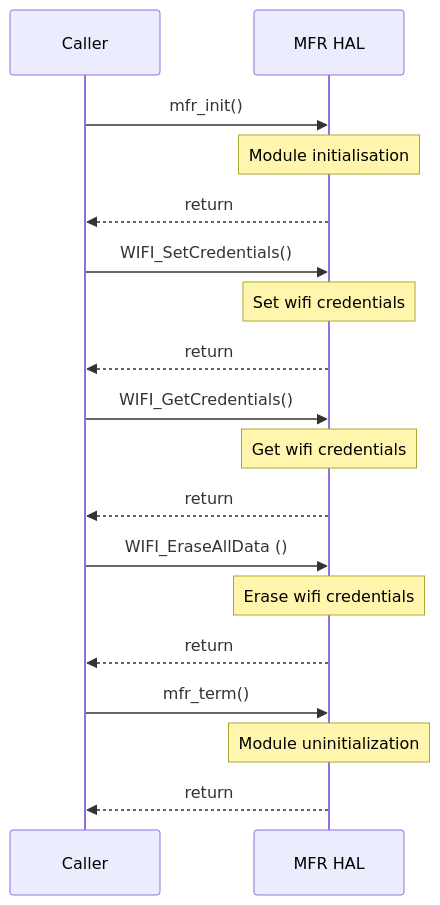
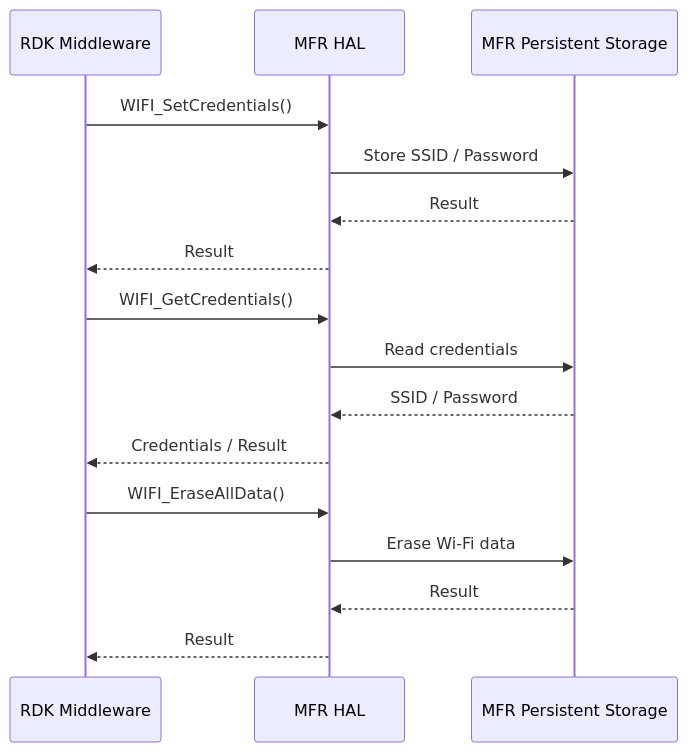
Before and after one commit to rdkcentral/rdk-halif-mfr: the sixth of 9 diagrams in docs/pages/mfr_HalSpec.md, drawn with Mermaid. The commit also changed other lines of this file, not shown here.

Commit message:
Update mfr_HalSpec.md as per review comments

````diff
--- a/docs/pages/mfr_HalSpec.md
+++ b/docs/pages/mfr_HalSpec.md
@@ -256,21 +403,22 @@
 ```mermaid
-%%{ init : { "theme" : "default", "flowchart" : { "curve" : "stepBefore" }}}%%
-   sequenceDiagram
-    participant caller as Caller
+
+sequenceDiagram
+    participant Client as RDK Middleware
     participant HAL as MFR HAL
-    caller->>HAL:mfr_init()
-    Note over HAL: Module initialisation
-    HAL-->>caller:return
-    caller->>HAL:WIFI_SetCredentials()
-    Note over HAL: Set wifi credentials
-    HAL-->>caller:return
-    caller->>HAL:WIFI_GetCredentials()
-    Note over HAL: Get wifi credentials
-    HAL-->>caller:return
-    caller->>HAL:WIFI_EraseAllData ()
-    Note over HAL: Erase wifi credentials
-    HAL-->>caller:return
-    caller->>HAL:mfr_term()
-    Note over HAL: Module uninitialization
-    HAL-->>caller:return
+    participant Storage as MFR Persistent Storage
+
+    Client->>HAL: WIFI_SetCredentials()
+    HAL->>Storage: Store SSID / Password
+    Storage-->>HAL: Result
+    HAL-->>Client: Result
+
+    Client->>HAL: WIFI_GetCredentials()
+    HAL->>Storage: Read credentials
+    Storage-->>HAL: SSID / Password
+    HAL-->>Client: Credentials / Result
+
+    Client->>HAL: WIFI_EraseAllData()
+    HAL->>Storage: Erase Wi-Fi data
+    Storage-->>HAL: Result
+    HAL-->>Client: Result
 ```
````
